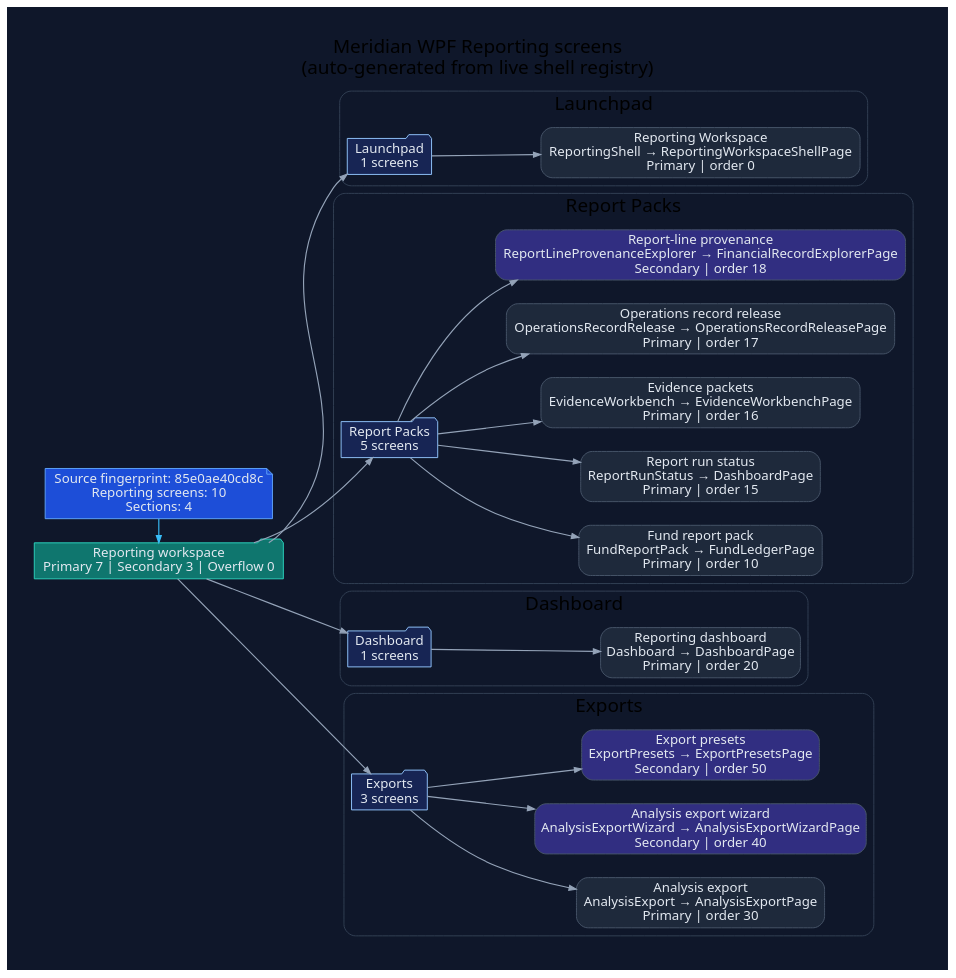
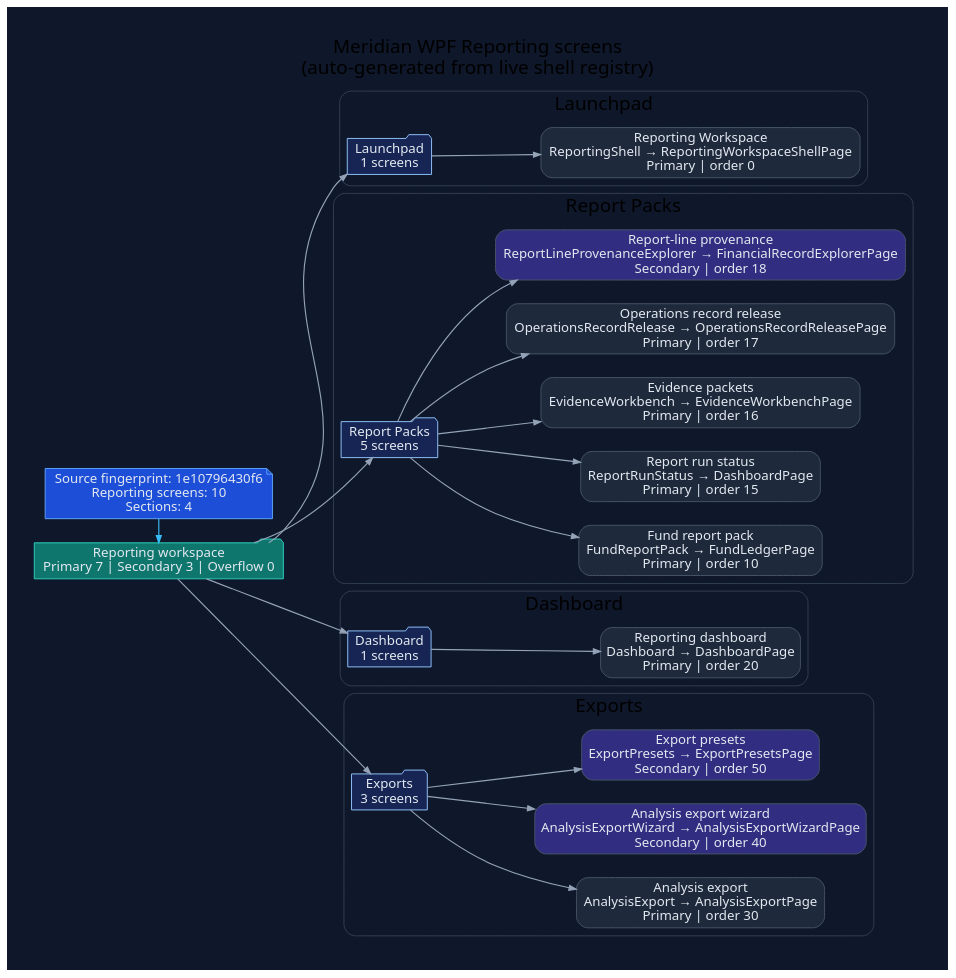
One commit to rodoHasArrived/Meridian-main changed the diagram in docs/diagrams/ui/ui-wpf-screens-reporting.dot. Above: the diagram before and after it, drawn with Graphviz. The commit also changed 644 other files, not shown here.

```diff
--- a/docs/diagrams/ui/ui-wpf-screens-reporting.dot
+++ b/docs/diagrams/ui/ui-wpf-screens-reporting.dot
@@ -1,78 +1,78 @@
 // -----------------------------------------------------------------------------
 // <auto-generated>
 // Generated by scripts/generate-diagrams.mjs.
 // Do not edit this file directly; update the WPF source files instead.
 // -----------------------------------------------------------------------------
 digraph WpfReportingScreens {
   graph [
     rankdir=LR,
     labelloc=t,
     label="Meridian WPF Reporting screens\n(auto-generated from live shell registry)",
     fontname="Segoe UI",
     fontsize=20,
     pad=0.4,
     nodesep=0.35,
     ranksep=0.85,
     bgcolor="#0f172a"
   ];
   node [fontname="Segoe UI", shape=box, style="rounded,filled", color="#475569", fontcolor="#e2e8f0", fillcolor="#1e293b"];
   edge [fontname="Segoe UI", color="#94a3b8", penwidth=1.2, arrowsize=0.75];
 
-  generated [shape=note, fillcolor="#1d4ed8", color="#60a5fa", label="Source fingerprint: 85e0ae40cd8c\nReporting screens: 10\nSections: 4"];
+  generated [shape=note, fillcolor="#1d4ed8", color="#60a5fa", label="Source fingerprint: 1e10796430f6\nReporting screens: 10\nSections: 4"];
   workspace [shape=folder, fillcolor="#0f766e", color="#2dd4bf", label="Reporting workspace\nPrimary 7 | Secondary 3 | Overflow 0"];
   generated -> workspace [color="#38bdf8"];
 
   subgraph cluster_section_1 {
     label="Launchpad";
     color="#334155";
     style="rounded";
     section_1 [shape=folder, fillcolor="#172554", color="#93c5fd", label="Launchpad\n1 screens"];
     workspace -> section_1;
     screen_ReportingShell [fillcolor="#1e293b", label="Reporting Workspace\nReportingShell → ReportingWorkspaceShellPage\nPrimary | order 0"];
     section_1 -> screen_ReportingShell;
   }
 
   subgraph cluster_section_2 {
     label="Report Packs";
     color="#334155";
     style="rounded";
     section_2 [shape=folder, fillcolor="#172554", color="#93c5fd", label="Report Packs\n5 screens"];
     workspace -> section_2;
     screen_FundReportPack [fillcolor="#1e293b", label="Fund report pack\nFundReportPack → FundLedgerPage\nPrimary | order 10"];
     section_2 -> screen_FundReportPack;
     screen_ReportRunStatus [fillcolor="#1e293b", label="Report run status\nReportRunStatus → DashboardPage\nPrimary | order 15"];
     section_2 -> screen_ReportRunStatus;
     screen_EvidenceWorkbench [fillcolor="#1e293b", label="Evidence packets\nEvidenceWorkbench → EvidenceWorkbenchPage\nPrimary | order 16"];
     section_2 -> screen_EvidenceWorkbench;
     screen_OperationsRecordRelease [fillcolor="#1e293b", label="Operations record release\nOperationsRecordRelease → OperationsRecordReleasePage\nPrimary | order 17"];
     section_2 -> screen_OperationsRecordRelease;
     screen_ReportLineProvenanceExplorer [fillcolor="#312e81", label="Report-line provenance\nReportLineProvenanceExplorer → FinancialRecordExplorerPage\nSecondary | order 18"];
     section_2 -> screen_ReportLineProvenanceExplorer;
   }
 
   subgraph cluster_section_3 {
     label="Dashboard";
     color="#334155";
     style="rounded";
     section_3 [shape=folder, fillcolor="#172554", color="#93c5fd", label="Dashboard\n1 screens"];
     workspace -> section_3;
     screen_Dashboard [fillcolor="#1e293b", label="Reporting dashboard\nDashboard → DashboardPage\nPrimary | order 20"];
     section_3 -> screen_Dashboard;
   }
 
   subgraph cluster_section_4 {
     label="Exports";
     color="#334155";
     style="rounded";
     section_4 [shape=folder, fillcolor="#172554", color="#93c5fd", label="Exports\n3 screens"];
     workspace -> section_4;
     screen_AnalysisExport [fillcolor="#1e293b", label="Analysis export\nAnalysisExport → AnalysisExportPage\nPrimary | order 30"];
     section_4 -> screen_AnalysisExport;
     screen_AnalysisExportWizard [fillcolor="#312e81", label="Analysis export wizard\nAnalysisExportWizard → AnalysisExportWizardPage\nSecondary | order 40"];
     section_4 -> screen_AnalysisExportWizard;
     screen_ExportPresets [fillcolor="#312e81", label="Export presets\nExportPresets → ExportPresetsPage\nSecondary | order 50"];
     section_4 -> screen_ExportPresets;
   }
 
   { rank=min; generated; workspace; }
 }
```
